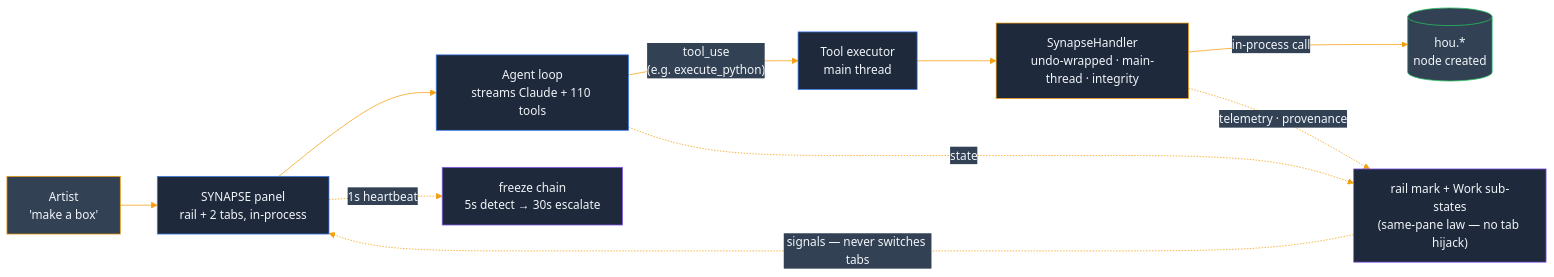
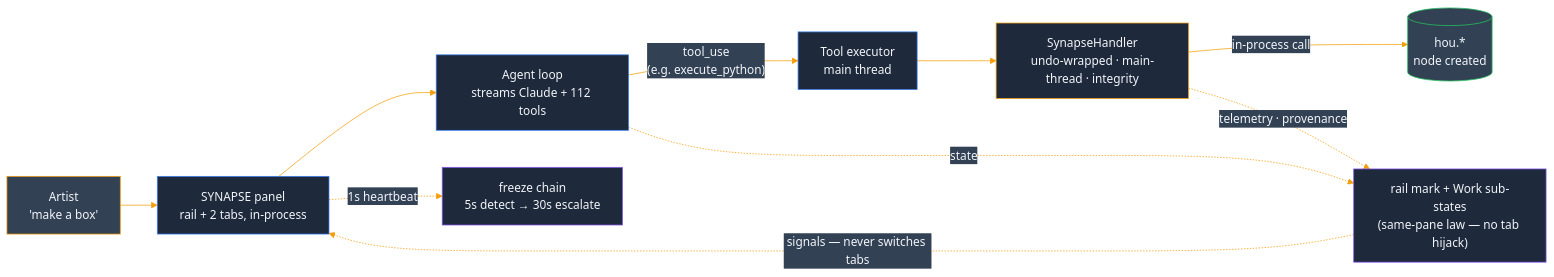
Before and after one commit to JosephOIbrahim/Synapse: the first of 18 diagrams in README.md, drawn with Mermaid. The commit also changed other lines of this file and 3 other files, not shown here.

First line of the commit message:
docs(release): v5.14.0 -- studio-operable; README + mermaid truth pass

````diff
--- a/README.md
+++ b/README.md
@@ -25,18 +25,18 @@
 ```mermaid
 %%{init: {'theme':'base', 'themeVariables': {'primaryColor':'#1e293b','primaryTextColor':'#f1f5f9','primaryBorderColor':'#0f172a','lineColor':'#f59e0b','secondaryColor':'#334155','tertiaryColor':'#475569'}}}%%
 flowchart LR
     ART["Artist<br/>'make a box'"]:::artist --> PANEL["SYNAPSE panel<br/>rail + 2 tabs, in-process"]:::panel
-    PANEL --> LOOP["Agent loop<br/>streams Claude + 110 tools"]:::panel
+    PANEL --> LOOP["Agent loop<br/>streams Claude + 112 tools"]:::panel
     LOOP -->|"tool_use<br/>(e.g. execute_python)"| EXEC["Tool executor<br/>main thread"]:::panel
     EXEC --> BR["SynapseHandler<br/>undo-wrapped &middot; main-thread &middot; integrity"]:::bridge
     BR -->|in-process call| HOU[("hou.*<br/>node created")]:::hou
     LOOP -.->|state| FACE["rail mark + Work sub-states<br/>(same-pane law &mdash; no tab hijack)"]:::obs
     BR -.->|telemetry &middot; provenance| FACE
     FACE -.->|signals &mdash; never switches tabs| PANEL
     PANEL -.->|"1s heartbeat"| WDOG["freeze chain<br/>5s detect &rarr; 30s escalate"]:::obs
     classDef artist fill:#334155,stroke:#f59e0b,color:#f1f5f9
     classDef panel fill:#1e293b,stroke:#3b82f6,color:#f1f5f9
     classDef bridge fill:#1e293b,stroke:#f59e0b,color:#f1f5f9
     classDef hou fill:#334155,stroke:#22c55e,color:#f1f5f9
     classDef obs fill:#1e293b,stroke:#8b5cf6,color:#f1f5f9
 ```
````
